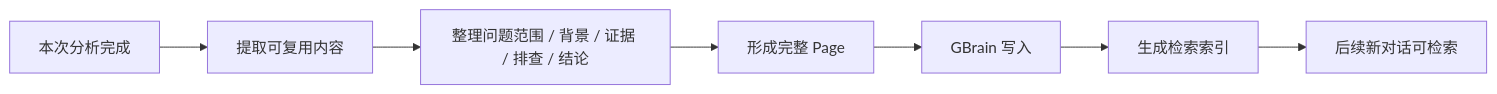
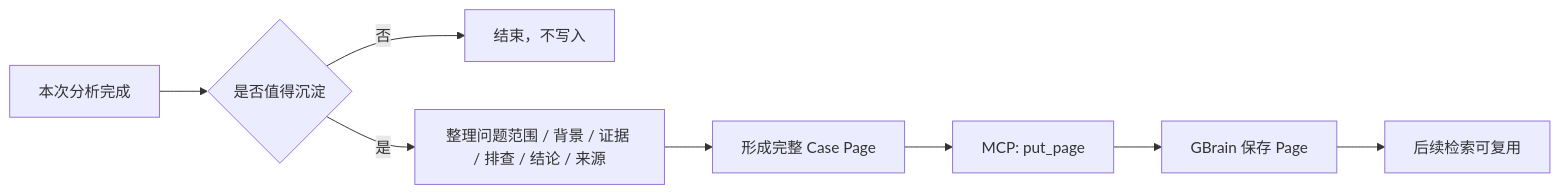
Before and after one commit to sgfd-ui/internship: the sixth of 7 diagrams in weekly-report/gbrain-dify-shared-knowledge.md, drawn with Mermaid. The commit also changed other lines of this file, not shown here.

Commit message:
refine GBrain MCP integration and deployment

````diff
--- a/weekly-report/gbrain-dify-shared-knowledge.md
+++ b/weekly-report/gbrain-dify-shared-knowledge.md
@@ -159,10 +213,12 @@
 ```mermaid
 flowchart LR
     A[本次分析完成]
-    --> B[提取可复用内容]
-    --> C[整理问题范围 / 背景 / 证据 / 排查 / 结论]
-    --> D[形成完整 Page]
-    --> E[GBrain 写入]
-    --> F[生成检索索引]
-    --> G[后续新对话可检索]
+    --> B{是否值得沉淀}
+
+    B -- 否 --> C[结束，不写入]
+    B -- 是 --> D[整理问题范围 / 背景 / 证据 / 排查 / 结论 / 来源]
+    D --> E[形成完整 Case Page]
+    E --> F[MCP: put_page]
+    F --> G[GBrain 保存 Page]
+    G --> H[后续检索可复用]
 ```
````
